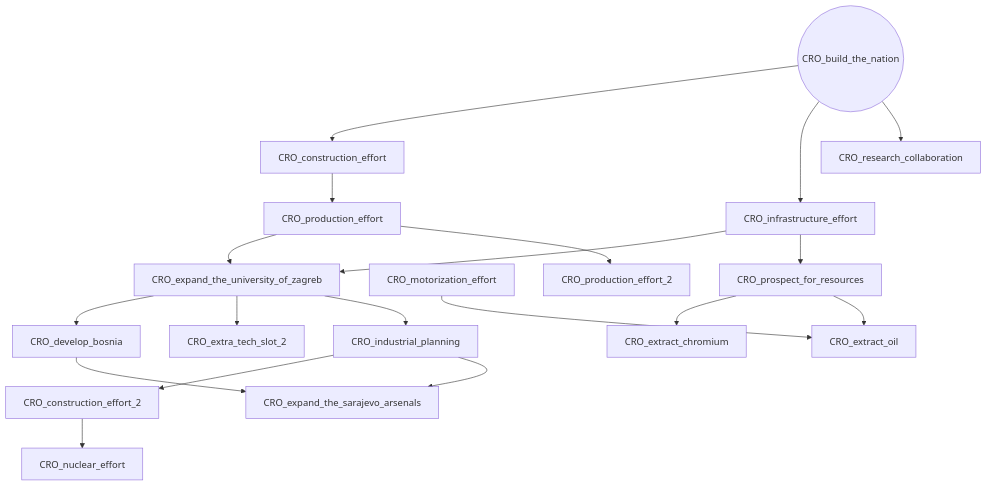
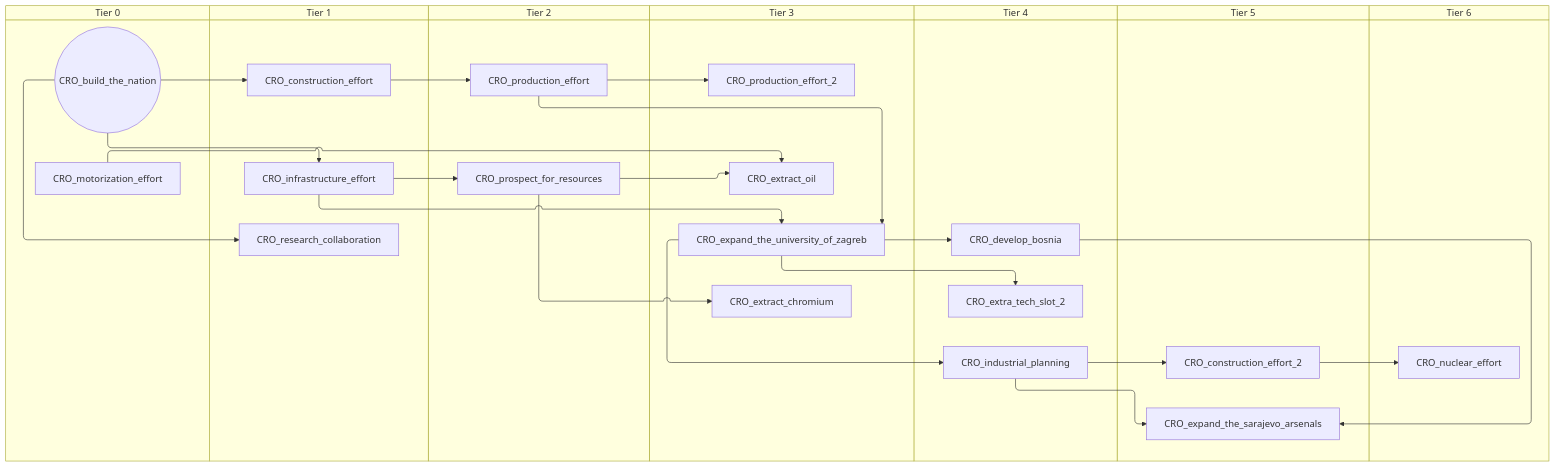
One commit to evgeny-sobol/hoi4-sandbox-mode-r56 changed the first of 3 diagrams in docs/gdd/National Focuses/croatia.md. Above: the diagram before and after it, drawn with Mermaid. The commit also changed other lines of this file and 423 other files, not shown here.

First line of the commit message:
Re-export Rt56 focus trees as swimlane diagrams

````diff
--- a/docs/gdd/National Focuses/croatia.md
+++ b/docs/gdd/National Focuses/croatia.md
@@ -3,38 +3,52 @@
 ```mermaid
-flowchart TD
-    n1(("CRO_build_the_nation"))
-    n2["CRO_construction_effort"]
-    n3["CRO_construction_effort_2"]
-    n4["CRO_develop_bosnia"]
-    n5["CRO_expand_the_sarajevo_arsenals"]
-    n6["CRO_expand_the_university_of_zagreb"]
-    n7["CRO_extra_tech_slot_2"]
-    n8["CRO_extract_chromium"]
-    n9["CRO_extract_oil"]
-    n10["CRO_industrial_planning"]
-    n11["CRO_infrastructure_effort"]
-    n12["CRO_motorization_effort"]
-    n13["CRO_nuclear_effort"]
-    n14["CRO_production_effort"]
-    n15["CRO_production_effort_2"]
-    n16["CRO_prospect_for_resources"]
-    n17["CRO_research_collaboration"]
-    n1 --> n2
-    n10 --> n3
-    n6 --> n4
-    n4 --> n5
-    n10 --> n5
-    n11 --> n6
-    n14 --> n6
-    n6 --> n7
-    n16 --> n8
-    n16 --> n9
-    n12 --> n9
-    n6 --> n10
-    n1 --> n11
-    n3 --> n13
-    n2 --> n14
+swimlane-beta TD
+    subgraph tier_0["Tier 0"]
+        n1(("CRO_build_the_nation"))
+        n2["CRO_motorization_effort"]
+    end
+    subgraph tier_1["Tier 1"]
+        n3["CRO_construction_effort"]
+        n4["CRO_infrastructure_effort"]
+        n5["CRO_research_collaboration"]
+    end
+    subgraph tier_2["Tier 2"]
+        n6["CRO_production_effort"]
+        n7["CRO_prospect_for_resources"]
+    end
+    subgraph tier_3["Tier 3"]
+        n8["CRO_expand_the_university_of_zagreb"]
+        n9["CRO_extract_chromium"]
+        n10["CRO_extract_oil"]
+        n11["CRO_production_effort_2"]
+    end
+    subgraph tier_4["Tier 4"]
+        n12["CRO_develop_bosnia"]
+        n13["CRO_extra_tech_slot_2"]
+        n14["CRO_industrial_planning"]
+    end
+    subgraph tier_5["Tier 5"]
+        n15["CRO_construction_effort_2"]
+        n16["CRO_expand_the_sarajevo_arsenals"]
+    end
+    subgraph tier_6["Tier 6"]
+        n17["CRO_nuclear_effort"]
+    end
+    n1 --> n3
     n14 --> n15
-    n11 --> n16
-    n1 --> n17
+    n8 --> n12
+    n12 --> n16
+    n14 --> n16
+    n4 --> n8
+    n6 --> n8
+    n8 --> n13
+    n7 --> n9
+    n7 --> n10
+    n2 --> n10
+    n8 --> n14
+    n1 --> n4
+    n15 --> n17
+    n3 --> n6
+    n6 --> n11
+    n4 --> n7
+    n1 --> n5
 ```
````
